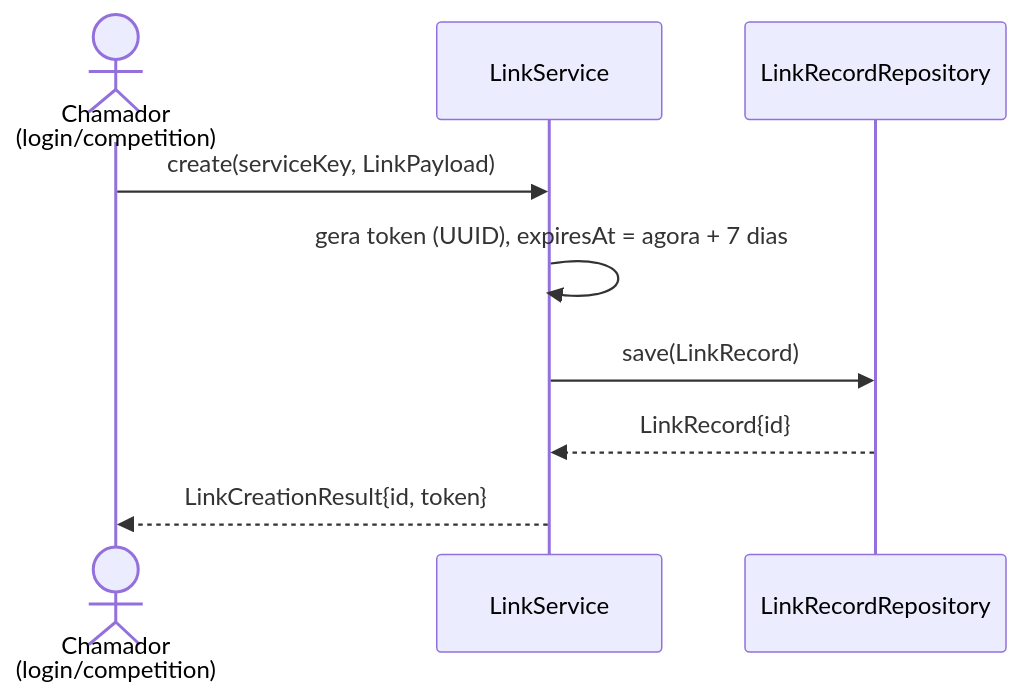
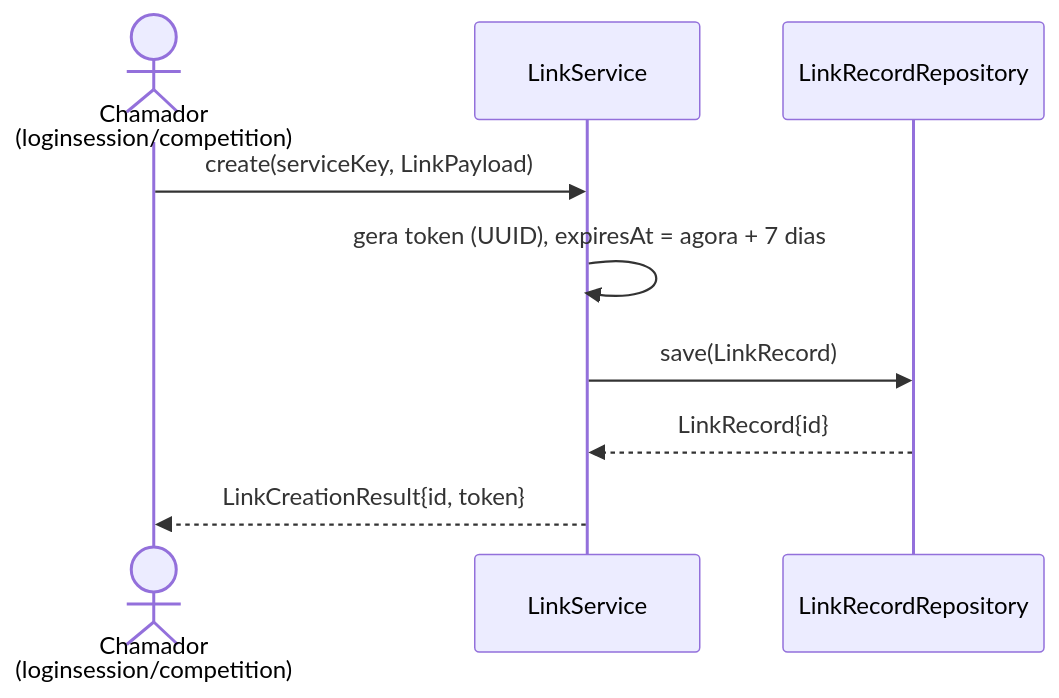
Before and after one commit to lalgarve/jogo-acoes: the third of 21 diagrams in docs/diagrams/modulos.md, drawn with Mermaid. The commit also changed other lines of this file and 3 other files, not shown here.

First line of the commit message:
docs: update module diagrams for the login package split

````diff
--- a/docs/diagrams/modulos.md
+++ b/docs/diagrams/modulos.md
@@ -208,12 +213,12 @@
 ```mermaid
 sequenceDiagram
-    actor C as Chamador<br/>(login/competition)
+    actor C as Chamador<br/>(loginsession/competition)
     participant LiS as LinkService
     participant LRR as LinkRecordRepository
 
     C->>LiS: create(serviceKey, LinkPayload)
     LiS->>LiS: gera token (UUID), expiresAt = agora + 7 dias
     LiS->>LRR: save(LinkRecord)
     LRR-->>LiS: LinkRecord{id}
     LiS-->>C: LinkCreationResult{id, token}
 ```
````
